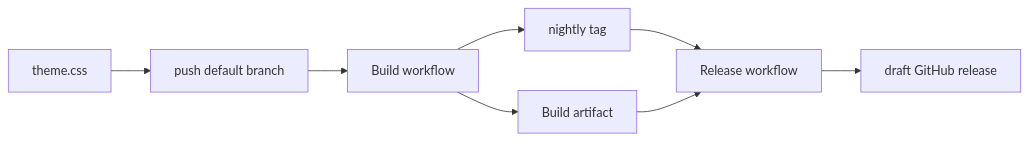
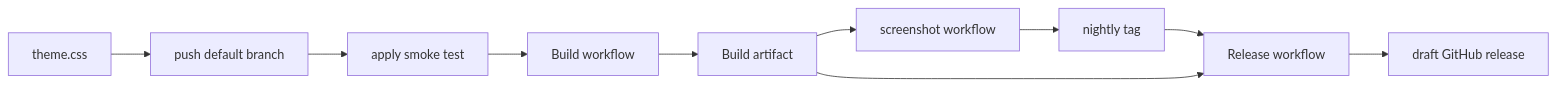
Before and after one commit to metaory/devtools-frontend-custom: the diagram in docs/release-flow.md, drawn with Mermaid. The commit also changed other lines of this file and 7 other files, not shown here.

First line of the commit message:
Gate nightly on screenshots with run@, harden apply and release.

````diff
--- a/docs/release-flow.md
+++ b/docs/release-flow.md
@@ -7,16 +7,18 @@
 ```mermaid
 flowchart LR
   theme[theme.css]
   push[push default branch]
+  test[apply smoke test]
   build[Build workflow]
+  screenshot[screenshot workflow]
   nightly[nightly tag]
   artifact[Build artifact]
   release[Release workflow]
   draft[draft GitHub release]
-  theme --> push --> build
+  theme --> push --> test --> build
   build --> artifact
-  build --> nightly
+  artifact --> screenshot --> nightly
   nightly --> release
   artifact --> release
   release --> draft
 ```
````
